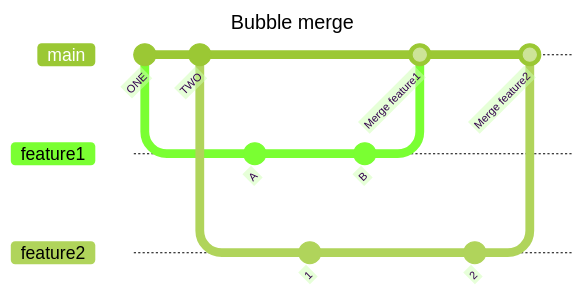
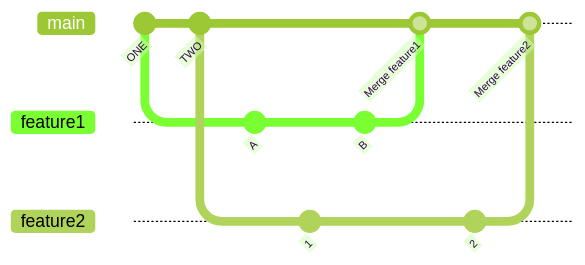
One commit to louisrubet/simplest-git-branching-model changed the fifth of 5 diagrams in README.md. Above: the diagram before and after it, drawn with Mermaid (forest theme). The commit also changed other lines of this file, not shown here.

Commit message:
Remove useless diagram titles

````diff
--- a/README.md
+++ b/README.md
@@ -140,23 +137,20 @@
     ```mermaid
-    ---
-    title: Bubble merge
-    ---
     gitGraph
         commit id: "ONE"
         branch feature1
         checkout main
         commit id:"TWO"
         branch feature2
         checkout feature1
         commit id:"A"
         checkout feature2
         commit id:"1"
         checkout feature1
         commit id:"B"
         checkout main
         merge feature1 id:"Merge feature1"
         checkout feature2
         commit id:"2"
         checkout main
         merge feature2 id:"Merge feature2"
     ```
````
